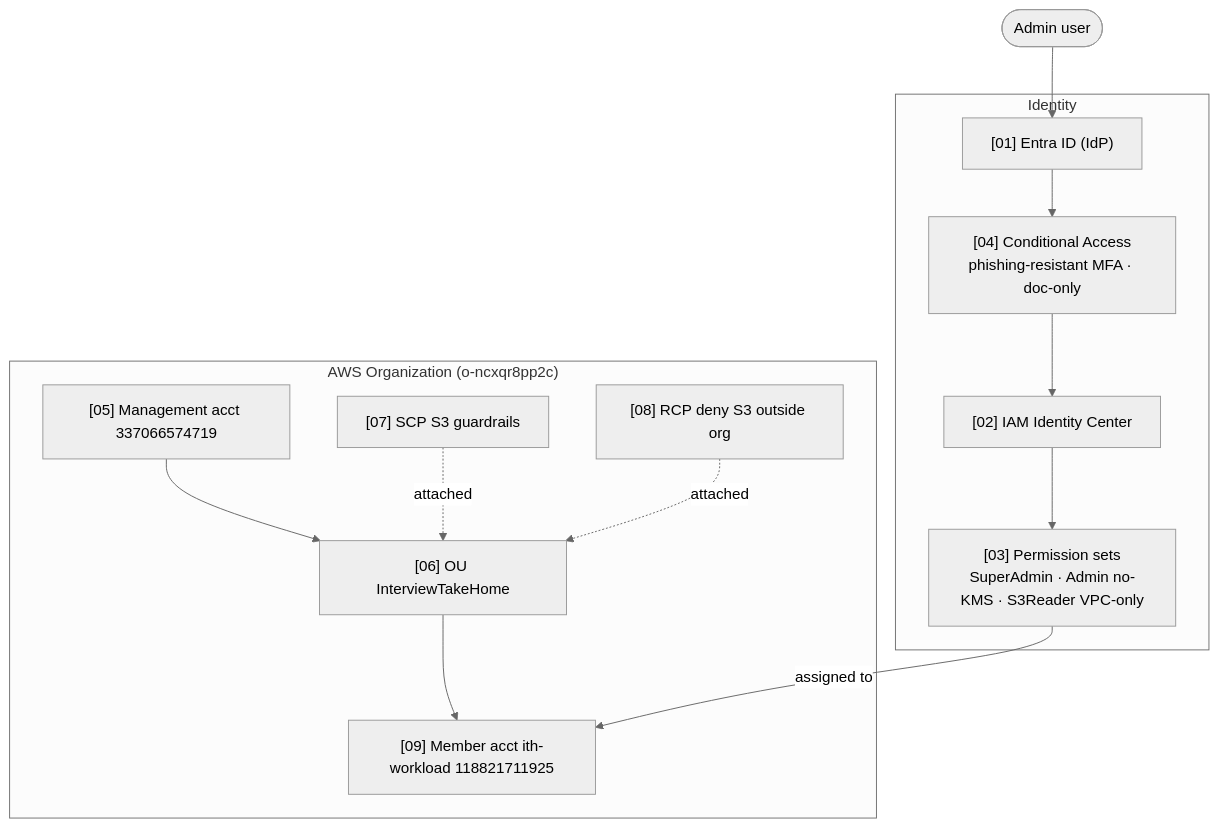
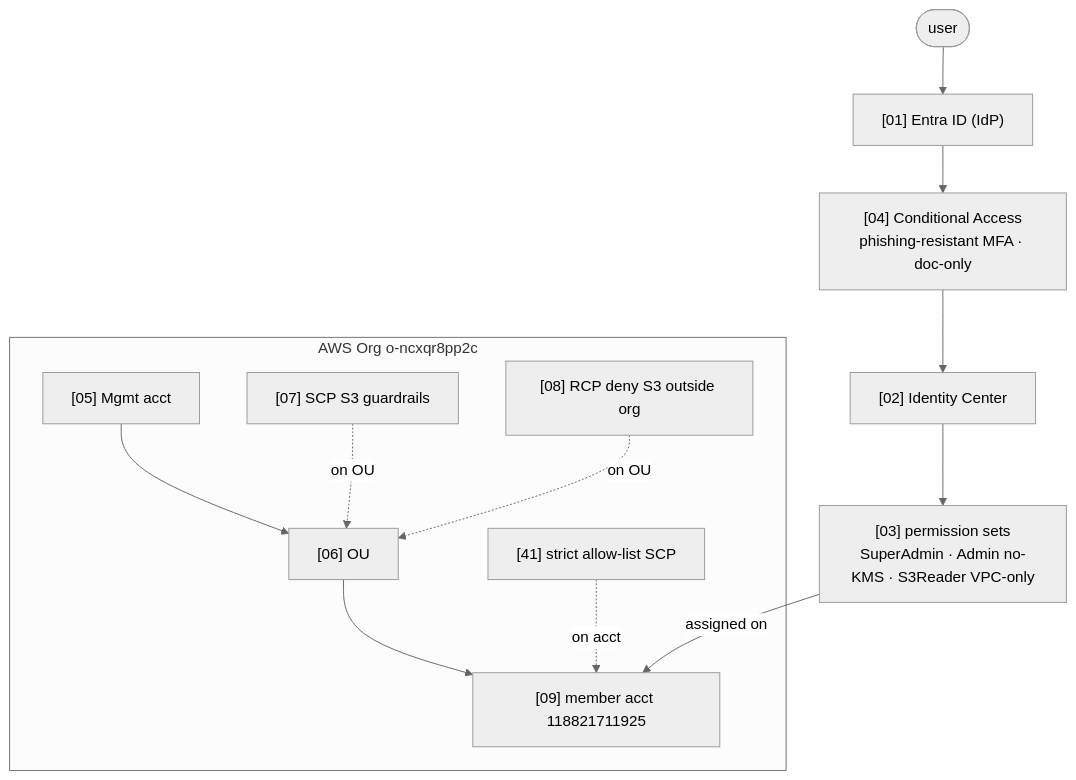
Before and after one commit to DelicateHug/InterviewTakeHome: the first of 6 diagrams in README.md, drawn with Mermaid (neutral theme). The commit also changed other lines of this file and 62 other files, not shown here.

First line of the commit message:
Simplify docs; add strict account SCP, change/CreateUser alerter, working 3-user SSO

````diff
--- a/README.md
+++ b/README.md
@@ -36,23 +22,15 @@
 ```mermaid
 flowchart TB
-  Admin([Admin user])
-  subgraph IDENT["Identity"]
-    E["[01] Entra ID (IdP)"]
-    CA["[04] Conditional Access<br/>phishing-resistant MFA · doc-only"]
-    IC["[02] IAM Identity Center"]
-    PS["[03] Permission sets<br/>SuperAdmin · Admin no-KMS · S3Reader VPC-only"]
-    E --> CA --> IC --> PS
+  U([user]) --> E["[01] Entra ID (IdP)"]
+  E --> CA["[04] Conditional Access<br/>phishing-resistant MFA · doc-only"]
+  CA --> IC["[02] Identity Center"]
+  IC --> PS["[03] permission sets<br/>SuperAdmin · Admin no-KMS · S3Reader VPC-only"]
+  subgraph ORG["AWS Org o-ncxqr8pp2c"]
+    MGMT["[05] Mgmt acct"] --> OU["[06] OU"]
+    OU --> ACCT["[09] member acct 118821711925"]
+    SCP7["[07] SCP S3 guardrails"] -. on OU .-> OU
+    RCP["[08] RCP deny S3 outside org"] -. on OU .-> OU
+    SCP41["[41] strict allow-list SCP"] -. on acct .-> ACCT
   end
-  subgraph ORG["AWS Organization (o-ncxqr8pp2c)"]
-    MGMT["[05] Management acct 337066574719"]
-    OU["[06] OU InterviewTakeHome"]
-    SCP["[07] SCP S3 guardrails"]
-    RCP["[08] RCP deny S3 outside org"]
-    ACCT["[09] Member acct ith-workload 118821711925"]
-    MGMT --> OU --> ACCT
-    SCP -. attached .-> OU
-    RCP -. attached .-> OU
-  end
-  Admin --> E
-  PS -->|assigned to| ACCT
+  PS -->|assigned on| ACCT
 ```
````
